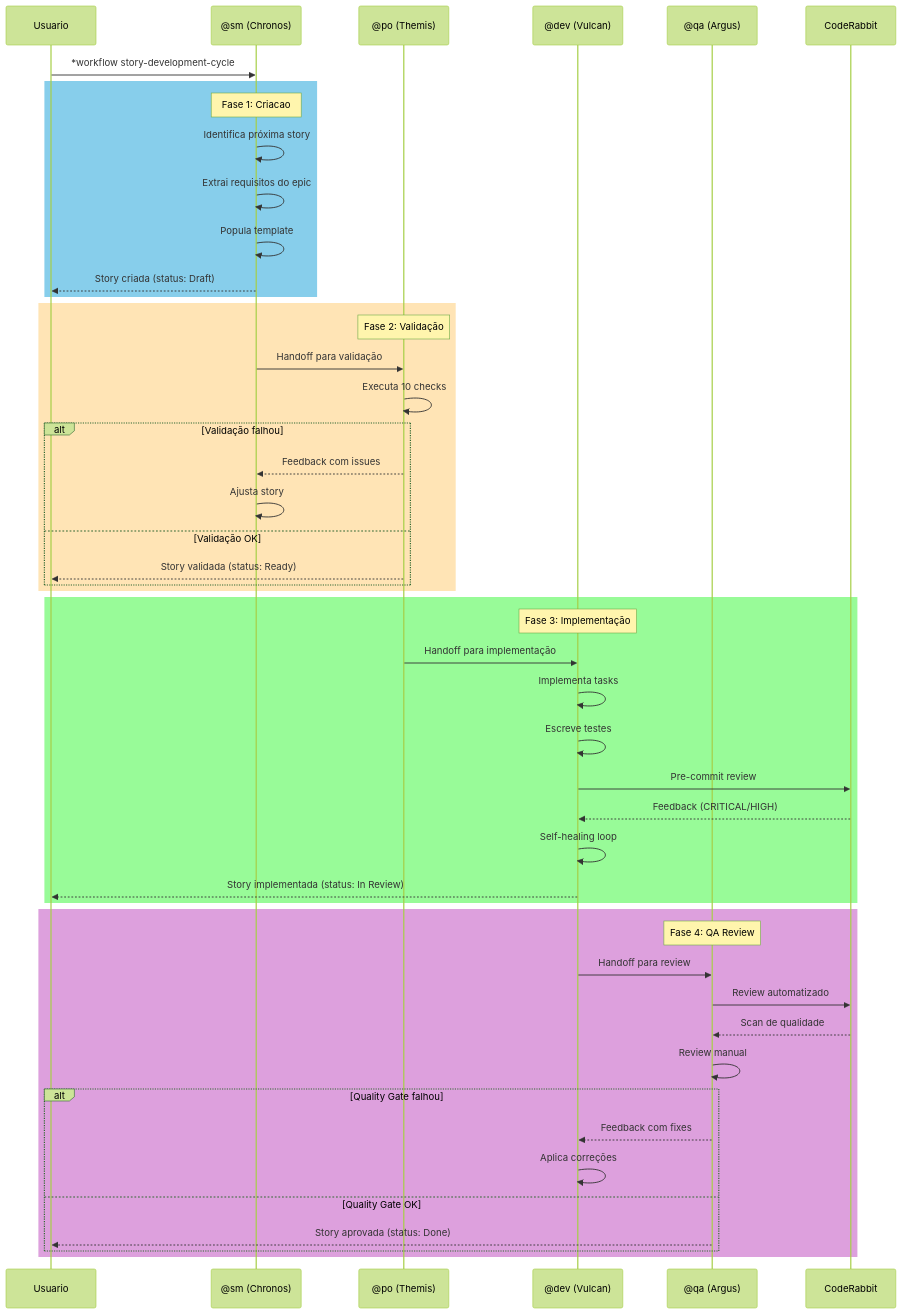
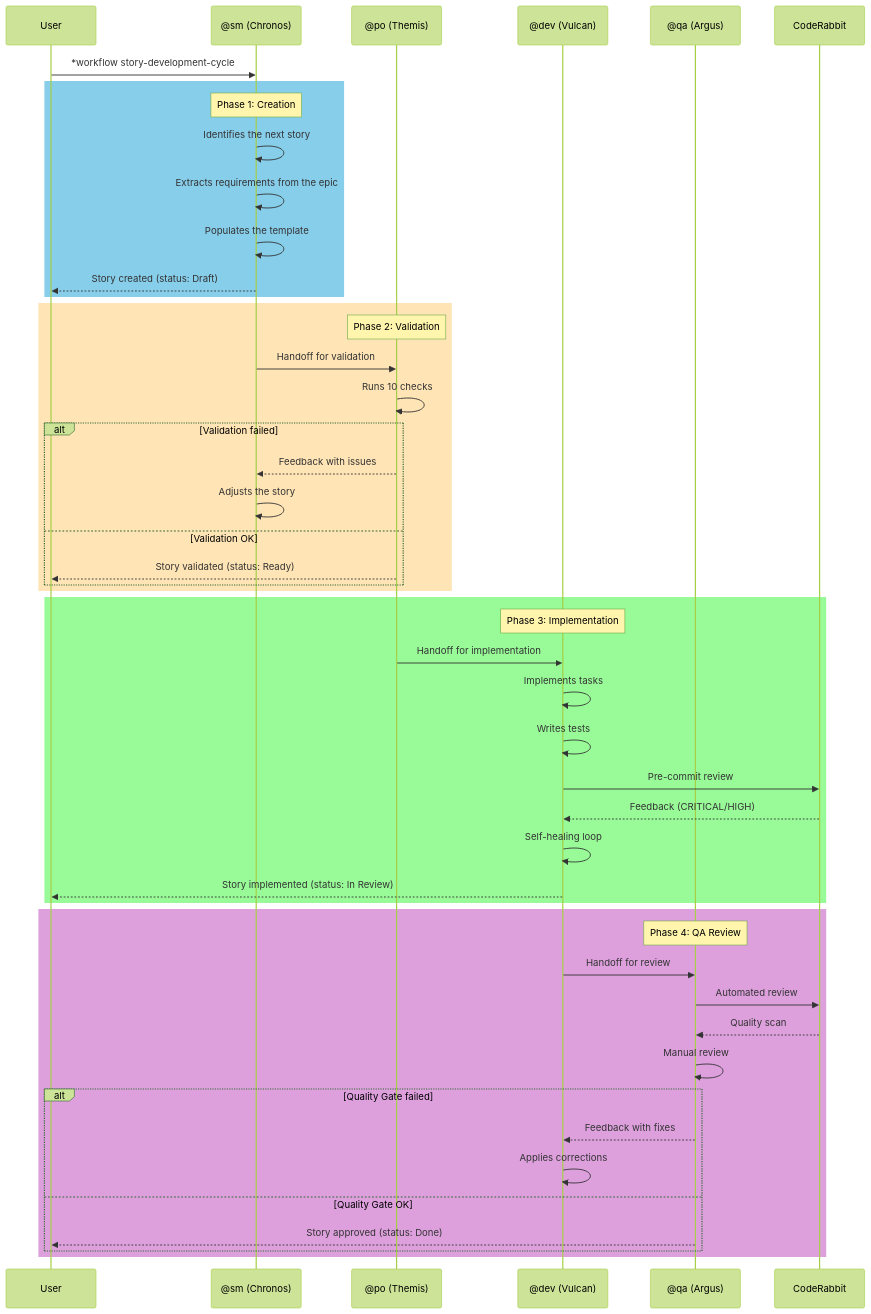
Before and after one commit to CyryxLabs/AEXOS: the third of 7 diagrams in docs/aexos-workflows/story-development-cycle-workflow.md, drawn with Mermaid (forest theme). The commit also changed other lines of this file and 528 other files, not shown here.

````diff
--- a/docs/aexos-workflows/story-development-cycle-workflow.md
+++ b/docs/aexos-workflows/story-development-cycle-workflow.md
@@ -101,56 +101,56 @@
 ```mermaid
 sequenceDiagram
-    participant U as Usuario
+    participant U as User
     participant SM as @sm (Chronos)
     participant PO as @po (Themis)
     participant DEV as @dev (Vulcan)
     participant QA as @qa (Argus)
     participant CR as CodeRabbit
 
     U->>SM: *workflow story-development-cycle
 
     rect rgb(135, 206, 235)
-        Note over SM: Fase 1: Criacao
-        SM->>SM: Identifica próxima story
-        SM->>SM: Extrai requisitos do epic
-        SM->>SM: Popula template
-        SM-->>U: Story criada (status: Draft)
+        Note over SM: Phase 1: Creation
+        SM->>SM: Identifies the next story
+        SM->>SM: Extracts requirements from the epic
+        SM->>SM: Populates the template
+        SM-->>U: Story created (status: Draft)
     end
 
     rect rgb(255, 228, 181)
-        Note over PO: Fase 2: Validação
-        SM->>PO: Handoff para validação
-        PO->>PO: Executa 10 checks
-        alt Validação falhou
-            PO-->>SM: Feedback com issues
-            SM->>SM: Ajusta story
-        else Validação OK
-            PO-->>U: Story validada (status: Ready)
+        Note over PO: Phase 2: Validation
+        SM->>PO: Handoff for validation
+        PO->>PO: Runs 10 checks
+        alt Validation failed
+            PO-->>SM: Feedback with issues
+            SM->>SM: Adjusts the story
+        else Validation OK
+            PO-->>U: Story validated (status: Ready)
         end
     end
 
     rect rgb(152, 251, 152)
-        Note over DEV: Fase 3: Implementação
-        PO->>DEV: Handoff para implementação
-        DEV->>DEV: Implementa tasks
-        DEV->>DEV: Escreve testes
+        Note over DEV: Phase 3: Implementation
+        PO->>DEV: Handoff for implementation
+        DEV->>DEV: Implements tasks
+        DEV->>DEV: Writes tests
         DEV->>CR: Pre-commit review
         CR-->>DEV: Feedback (CRITICAL/HIGH)
         DEV->>DEV: Self-healing loop
-        DEV-->>U: Story implementada (status: In Review)
+        DEV-->>U: Story implemented (status: In Review)
     end
 
     rect rgb(221, 160, 221)
-        Note over QA: Fase 4: QA Review
-        DEV->>QA: Handoff para review
-        QA->>CR: Review automatizado
-        CR-->>QA: Scan de qualidade
-        QA->>QA: Review manual
-        alt Quality Gate falhou
-            QA-->>DEV: Feedback com fixes
-            DEV->>DEV: Aplica correções
+        Note over QA: Phase 4: QA Review
+        DEV->>QA: Handoff for review
+        QA->>CR: Automated review
+        CR-->>QA: Quality scan
+        QA->>QA: Manual review
+        alt Quality Gate failed
+            QA-->>DEV: Feedback with fixes
+            DEV->>DEV: Applies corrections
         else Quality Gate OK
-            QA-->>U: Story aprovada (status: Done)
+            QA-->>U: Story approved (status: Done)
         end
     end
 ```
````
